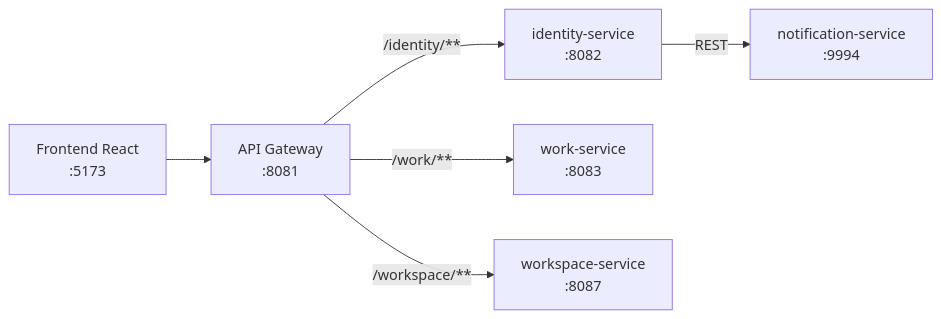
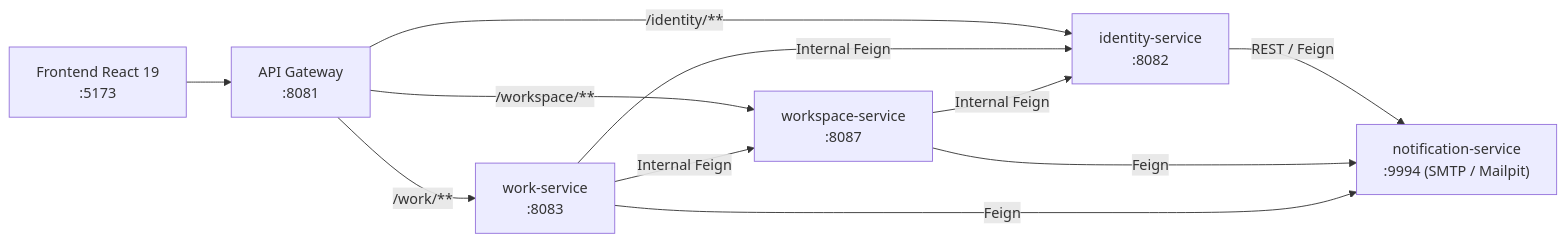
The second of 4 diagrams in formal_doc/00_MUC_LUC.md (Hecker-Chuoi/DATN-2026), drawn with Mermaid before and after one commit. The commit also changed other lines of this file and 60 other files, not shown here.

````diff
--- a/formal_doc/00_MUC_LUC.md
+++ b/formal_doc/00_MUC_LUC.md
@@ -48,8 +44,13 @@
 ```mermaid
 flowchart LR
-    FE["Frontend React<br/>:5173"] --> GW["API Gateway<br/>:8081"]
+    FE["Frontend React 19<br/>:5173"] --> GW["API Gateway<br/>:8081"]
     GW -->|"/identity/**"| ID["identity-service<br/>:8082"]
     GW -->|"/work/**"| WK["work-service<br/>:8083"]
     GW -->|"/workspace/**"| WS["workspace-service<br/>:8087"]
-    ID -->|"REST"| NT["notification-service<br/>:9994"]
+    ID -->|"REST / Feign"| NT["notification-service<br/>:9994 (SMTP / Mailpit)"]
+    WS -->|"Feign"| NT
+    WK -->|"Feign"| NT
+    WK -->|"Internal Feign"| WS
+    WK -->|"Internal Feign"| ID
+    WS -->|"Internal Feign"| ID
 ```
````
